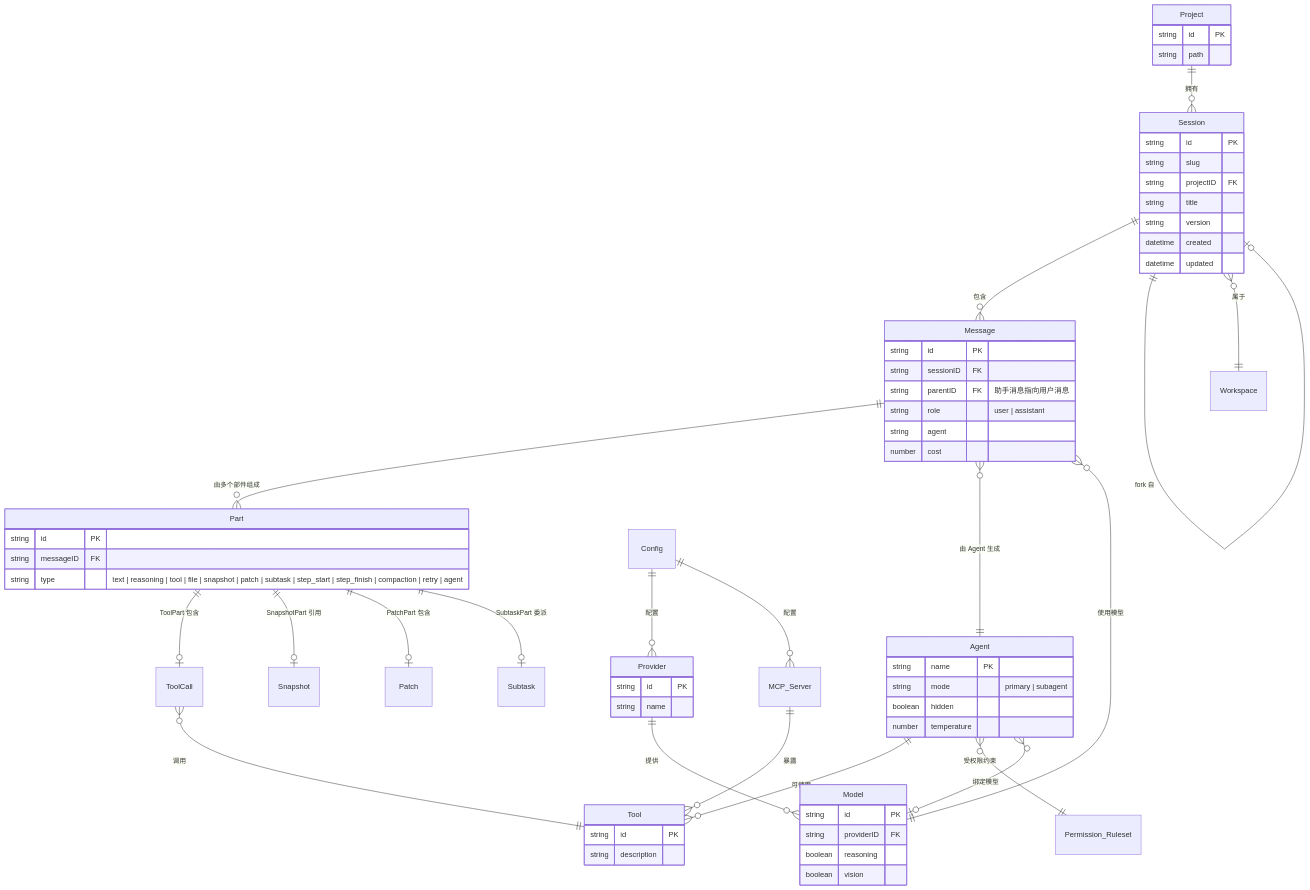
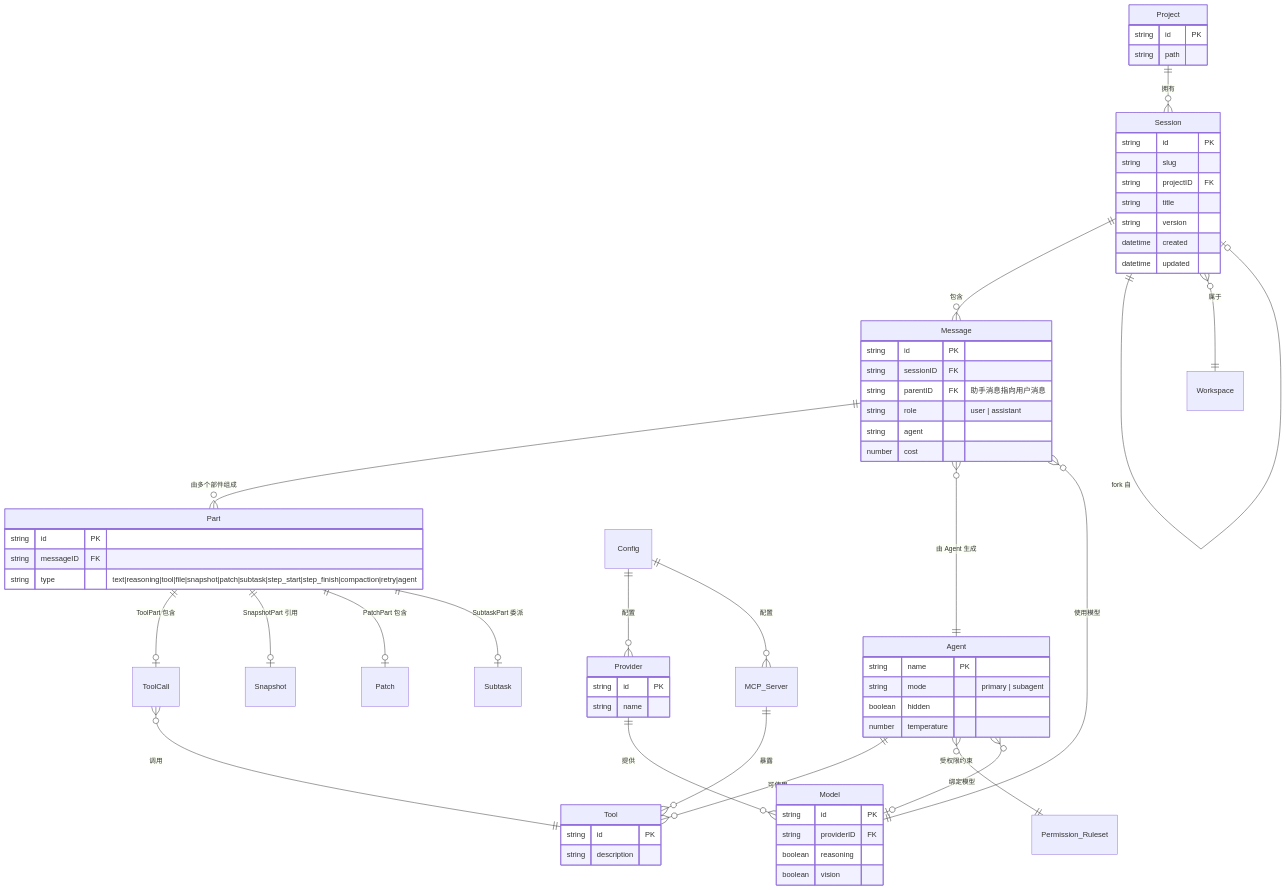
Before and after one commit to propress/opencode: the first of 9 diagrams in all-in-one-book/01-全景视野/02-核心概念关系图谱.md, drawn with Mermaid. The commit also changed 1 other file, not shown here.

Commit message:
docs: address review feedback for chapter 01
- Fix Part type field spacing in ER diagram
- Fix ranking number for plugin package (was tied at 5, now correctly 8)

````diff
--- a/all-in-one-book/01-全景视野/02-核心概念关系图谱.md
+++ b/all-in-one-book/01-全景视野/02-核心概念关系图谱.md
@@ -12,79 +12,79 @@
 ```mermaid
 erDiagram
     Project ||--o{ Session : "拥有"
     Session ||--o{ Message : "包含"
     Session ||--o| Session : "fork 自"
     Session }o--|| Workspace : "属于"
     Message ||--o{ Part : "由多个部件组成"
     Message }o--|| Agent : "由 Agent 生成"
     Message }o--|| Model : "使用模型"
 
     Part ||--o| ToolCall : "ToolPart 包含"
     Part ||--o| Snapshot : "SnapshotPart 引用"
     Part ||--o| Patch : "PatchPart 包含"
     Part ||--o| Subtask : "SubtaskPart 委派"
 
     ToolCall }o--|| Tool : "调用"
     Agent ||--o{ Tool : "可使用"
     Agent }o--|| Permission_Ruleset : "受权限约束"
     Agent }o--o| Model : "绑定模型"
 
     Provider ||--o{ Model : "提供"
     Config ||--o{ Provider : "配置"
     Config ||--o{ MCP_Server : "配置"
     MCP_Server ||--o{ Tool : "暴露"
 
     Project {
         string id PK
         string path
     }
 
     Session {
         string id PK
         string slug
         string projectID FK
         string title
         string version
         datetime created
         datetime updated
     }
 
     Message {
         string id PK
         string sessionID FK
         string parentID FK "助手消息指向用户消息"
         string role "user | assistant"
         string agent
         number cost
     }
 
     Part {
         string id PK
         string messageID FK
-        string type "text | reasoning | tool | file | snapshot | patch | subtask | step_start | step_finish | compaction | retry | agent"
+        string type "text|reasoning|tool|file|snapshot|patch|subtask|step_start|step_finish|compaction|retry|agent"
     }
 
     Agent {
         string name PK
         string mode "primary | subagent"
         boolean hidden
         number temperature
     }
 
     Provider {
         string id PK
         string name
     }
 
     Model {
         string id PK
         string providerID FK
         boolean reasoning
         boolean vision
     }
 
     Tool {
         string id PK
         string description
     }
 ```
````
